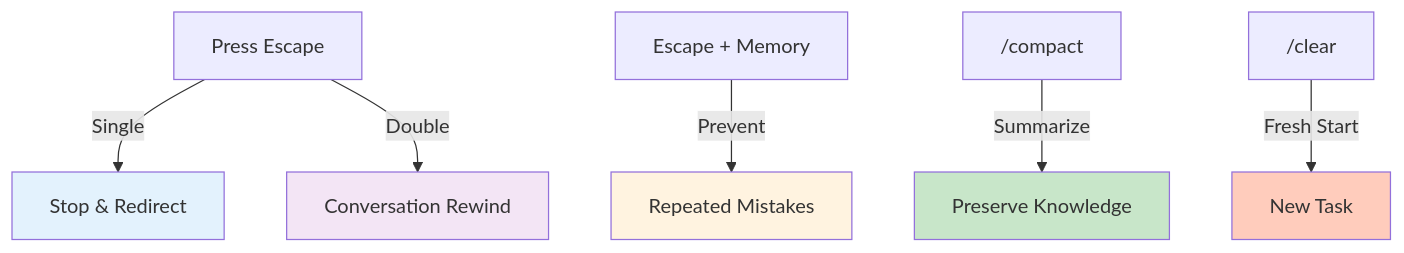
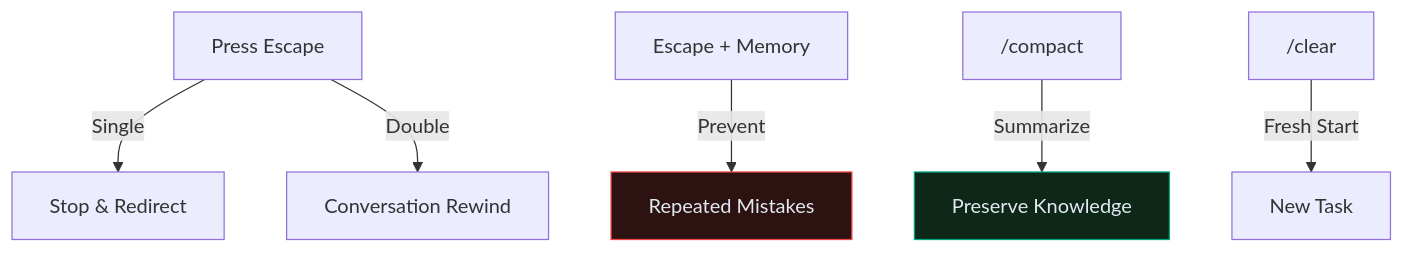
Before and after one commit to CagriCatik/claude-ollama-coder: the seventh of 16 diagrams in docs/01_Claude-Code-in-Action.md, drawn with Mermaid. The commit also changed other lines of this file and 16 other files, not shown here.

````diff
--- a/docs/01_Claude-Code-in-Action.md
+++ b/docs/01_Claude-Code-in-Action.md
@@ -289,17 +272,14 @@
 ```mermaid
 graph TB
     A["Press Escape"] -->|Single| B["Stop & Redirect"]
     A -->|Double| C["Conversation Rewind"]
     
     D["Escape + Memory"] -->|Prevent| E["Repeated Mistakes"]
     
     F["/compact"] -->|Summarize| G["Preserve Knowledge"]
     
     H["/clear"] -->|Fresh Start| I["New Task"]
     
-    style B fill:#e3f2fd
-    style C fill:#f3e5f5
-    style E fill:#fff3e0
-    style G fill:#c8e6c9
-    style I fill:#ffccbc
+    style E fill:#2d1212,stroke:#ef4444,color:#e2e8f0
+    style G fill:#0d2718,stroke:#00a67e,color:#e2e8f0
 ```
````
